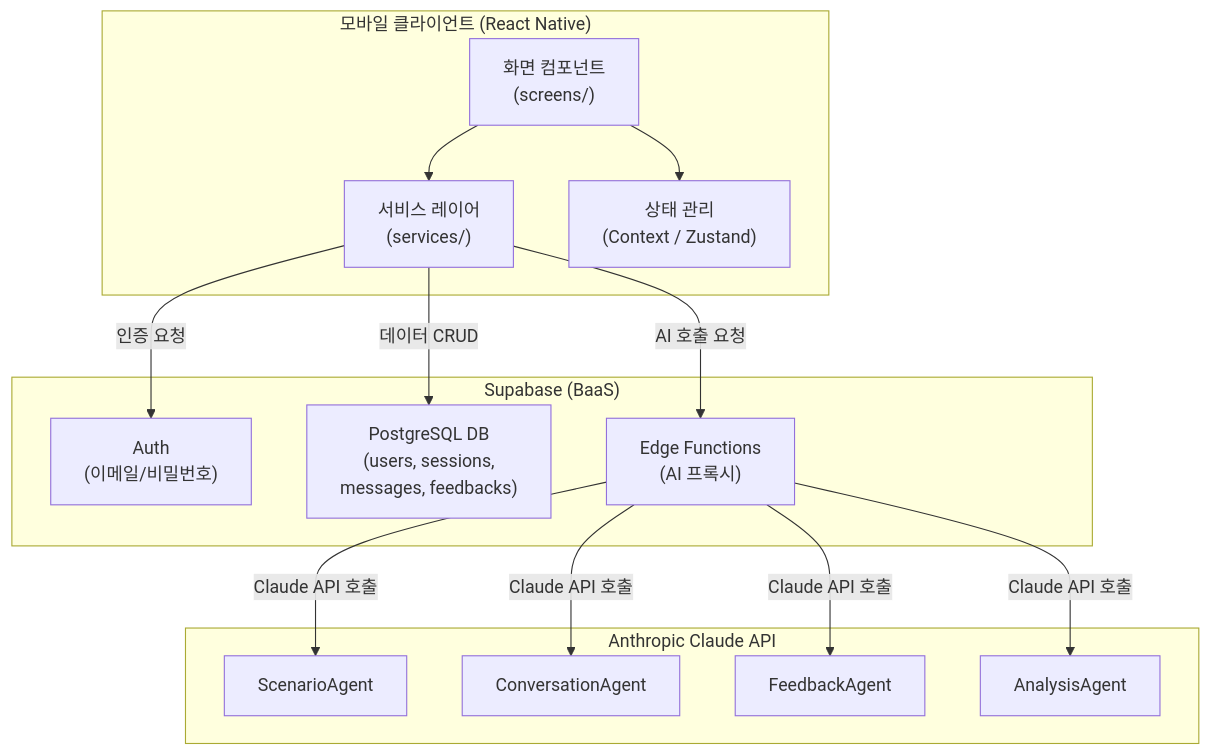
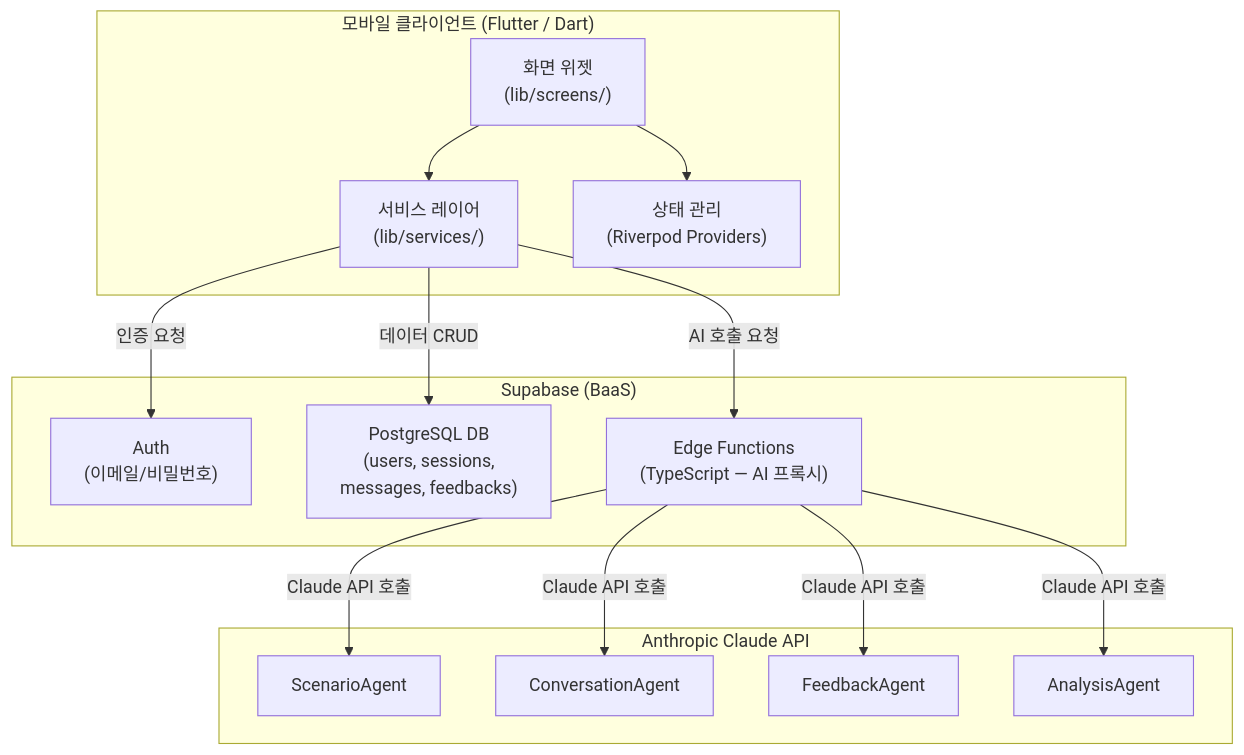
One commit to Gyun-Ryeong/AppPrograming changed the first of 4 diagrams in docs/architecture.md. Above: the diagram before and after it, drawn with Mermaid. The commit also changed other lines of this file and 180 other files, not shown here.

````diff
--- a/docs/architecture.md
+++ b/docs/architecture.md
@@ -18,31 +18,31 @@
 ```mermaid
 graph TB
-    subgraph Client["모바일 클라이언트 (React Native)"]
-        UI["화면 컴포넌트<br/>(screens/)"]
-        SVC["서비스 레이어<br/>(services/)"]
-        STATE["상태 관리<br/>(Context / Zustand)"]
+    subgraph Client["모바일 클라이언트 (Flutter / Dart)"]
+        UI["화면 위젯<br/>(lib/screens/)"]
+        SVC["서비스 레이어<br/>(lib/services/)"]
+        STATE["상태 관리<br/>(Riverpod Providers)"]
         UI --> STATE
         UI --> SVC
     end
 
     subgraph Supabase["Supabase (BaaS)"]
         AUTH["Auth<br/>(이메일/비밀번호)"]
         DB["PostgreSQL DB<br/>(users, sessions,<br/>messages, feedbacks)"]
-        EDGE["Edge Functions<br/>(AI 프록시)"]
+        EDGE["Edge Functions<br/>(TypeScript — AI 프록시)"]
     end
 
     subgraph Claude["Anthropic Claude API"]
         SA["ScenarioAgent"]
         CA["ConversationAgent"]
         FA["FeedbackAgent"]
         AA["AnalysisAgent"]
     end
 
     SVC -->|"인증 요청"| AUTH
     SVC -->|"데이터 CRUD"| DB
     SVC -->|"AI 호출 요청"| EDGE
     EDGE -->|"Claude API 호출"| SA
     EDGE -->|"Claude API 호출"| CA
     EDGE -->|"Claude API 호출"| FA
     EDGE -->|"Claude API 호출"| AA
 ```
````
